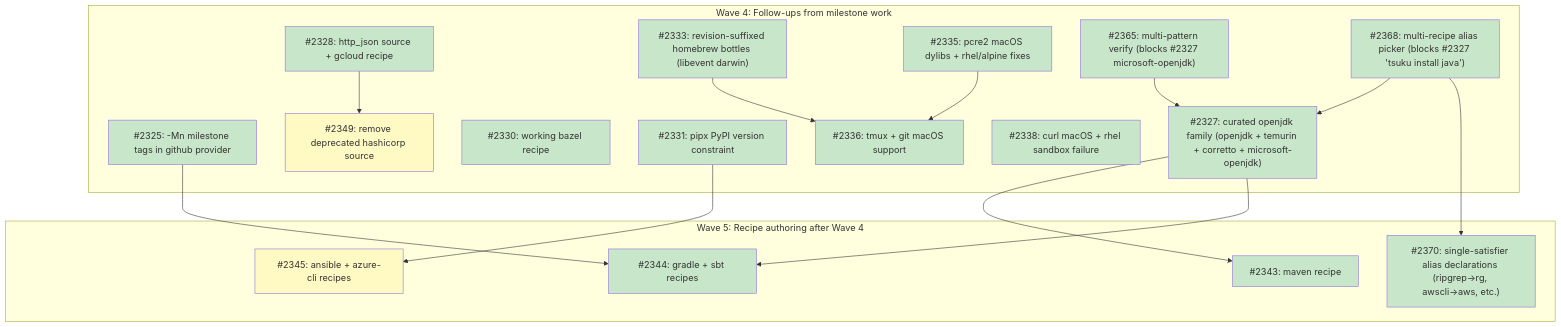
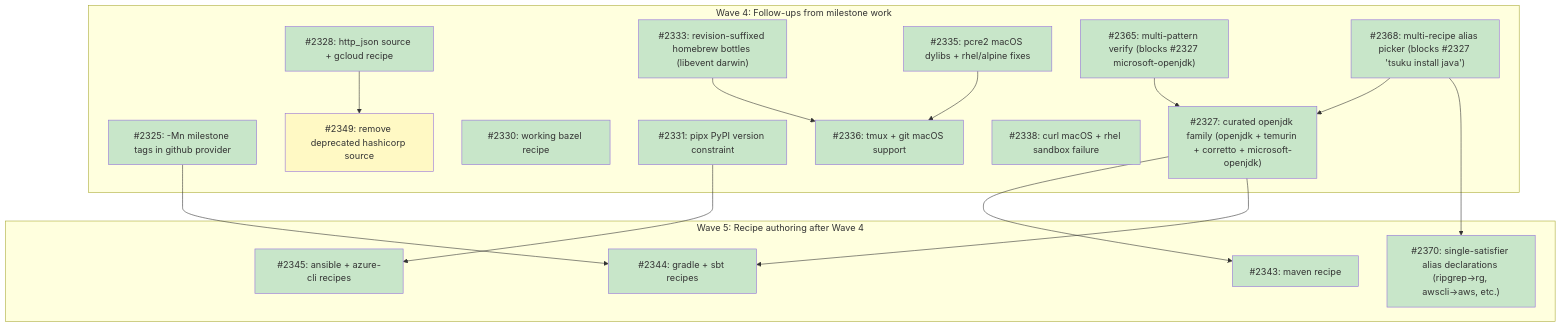
The diagram in docs/plans/PLAN-curated-recipes.md (tsukumogami/tsuku), drawn with Mermaid before and after one commit. The commit also changed other lines of this file and 33 other files, not shown here.

````diff
--- a/docs/plans/PLAN-curated-recipes.md
+++ b/docs/plans/PLAN-curated-recipes.md
@@ -146,49 +146,49 @@
 ```mermaid
 graph TD
     subgraph wave4 ["Wave 4: Follow-ups from milestone work"]
         I2325["#2325: -Mn milestone tags in github provider"]
         I2327["#2327: curated openjdk family (openjdk + temurin + corretto + microsoft-openjdk)"]
         I2328["#2328: http_json source + gcloud recipe"]
         I2330["#2330: working bazel recipe"]
         I2331["#2331: pipx PyPI version constraint"]
         I2333["#2333: revision-suffixed homebrew bottles (libevent darwin)"]
         I2335["#2335: pcre2 macOS dylibs + rhel/alpine fixes"]
         I2336["#2336: tmux + git macOS support"]
         I2338["#2338: curl macOS + rhel sandbox failure"]
         I2349["#2349: remove deprecated hashicorp source"]
         I2365["#2365: multi-pattern verify (blocks #2327 microsoft-openjdk)"]
         I2368["#2368: multi-recipe alias picker (blocks #2327 'tsuku install java')"]
     end
 
     subgraph wave5 ["Wave 5: Recipe authoring after Wave 4"]
         I2343["#2343: maven recipe"]
         I2344["#2344: gradle + sbt recipes"]
         I2345["#2345: ansible + azure-cli recipes"]
         I2370["#2370: single-satisfier alias declarations (ripgrep→rg, awscli→aws, etc.)"]
     end
 
     I2333 --> I2336
     I2335 --> I2336
 
     I2365 --> I2327
     I2368 --> I2327
     I2327 --> I2343
     I2325 --> I2344
     I2327 --> I2344
     I2331 --> I2345
     I2328 --> I2349
     I2368 --> I2370
 
     classDef done fill:#c8e6c9
     classDef ready fill:#bbdefb
     classDef blocked fill:#fff9c4
     classDef needsDesign fill:#e1bee7
     classDef needsPrd fill:#b3e5fc
     classDef needsSpike fill:#ffcdd2
     classDef needsDecision fill:#d1c4e9
     classDef tracksDesign fill:#FFE0B2,stroke:#F57C00,color:#000
     classDef tracksPlan fill:#FFE0B2,stroke:#F57C00,color:#000
 
-    class I2325,I2327,I2328,I2330,I2331,I2333,I2335,I2336,I2338,I2343,I2344,I2365,I2368,I2370 done
-    class I2345,I2349 blocked
+    class I2325,I2327,I2328,I2330,I2331,I2333,I2335,I2336,I2338,I2343,I2344,I2345,I2365,I2368,I2370 done
+    class I2349 blocked
 ```
````
